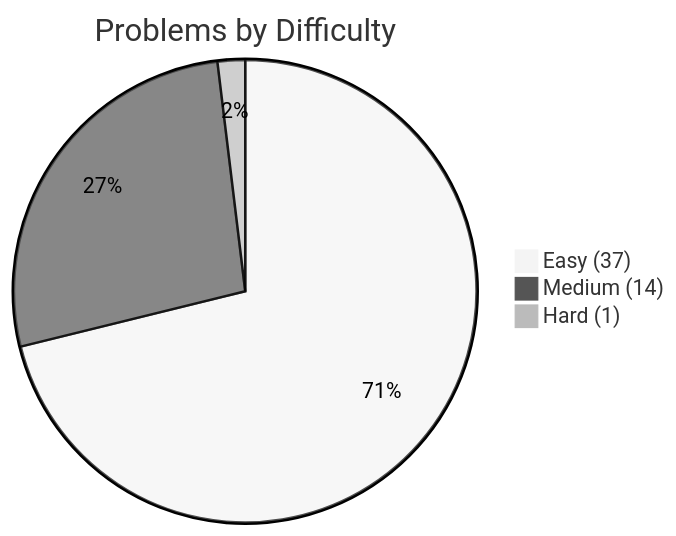
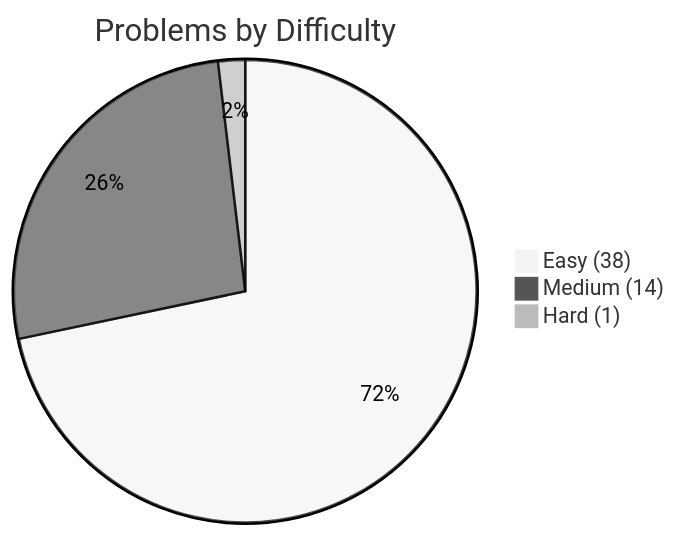
The first of 2 diagrams in PROGRESS.md (kanishk-procoder/leetcode-grind), drawn with Mermaid (neutral theme) before and after one commit. The commit also changed other lines of this file and 4 other files, not shown here.

````diff
--- a/PROGRESS.md
+++ b/PROGRESS.md
@@ -5,6 +5,6 @@
 ```mermaid
 pie title Problems by Difficulty
-    "Easy (37)" : 37
+    "Easy (38)" : 38
     "Medium (14)" : 14
     "Hard (1)" : 1
 ```
````
